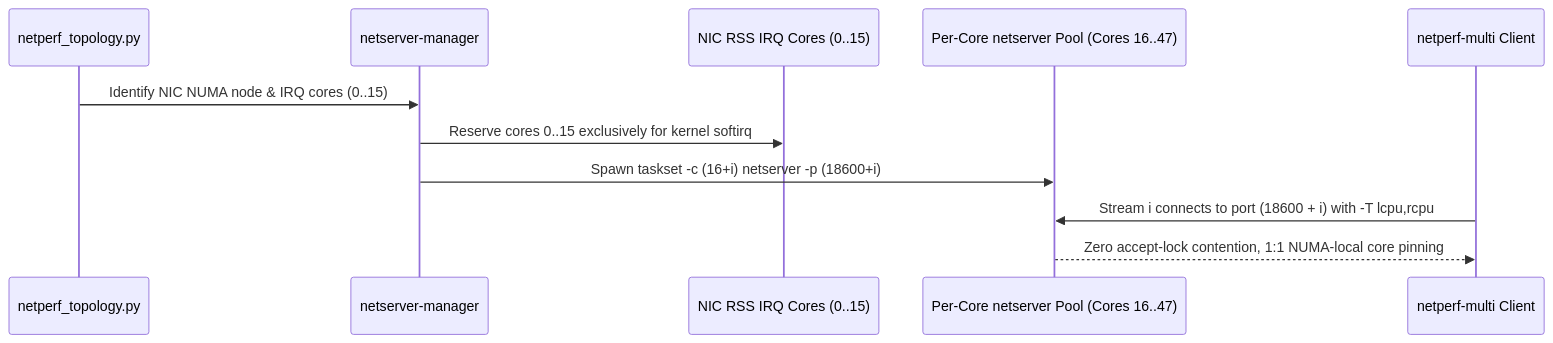
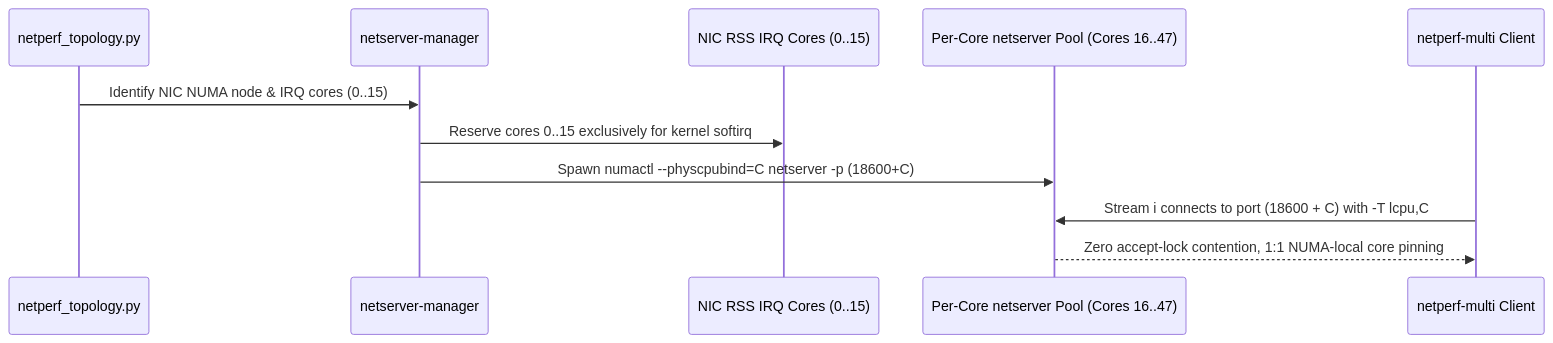
Before and after one commit to thehevy/netperf_copilot: the fourth of 5 diagrams in dev/docs/TECHNICAL_WHITE_PAPER.md, drawn with Mermaid. The commit also changed other lines of this file and 27 other files, not shown here.

````diff
--- a/dev/docs/TECHNICAL_WHITE_PAPER.md
+++ b/dev/docs/TECHNICAL_WHITE_PAPER.md
@@ -228,14 +228,14 @@
 ```mermaid
 sequenceDiagram
     participant Topo as netperf_topology.py
     participant Mgr as netserver-manager
     participant IRQ as NIC RSS IRQ Cores (0..15)
     participant Pool as Per-Core netserver Pool (Cores 16..47)
     participant Multi as netperf-multi Client
 
     Topo->>Mgr: Identify NIC NUMA node & IRQ cores (0..15)
     Mgr->>IRQ: Reserve cores 0..15 exclusively for kernel softirq
-    Mgr->>Pool: Spawn taskset -c (16+i) netserver -p (18600+i)
-    Multi->>Pool: Stream i connects to port (18600 + i) with -T lcpu,rcpu
+    Mgr->>Pool: Spawn numactl --physcpubind=C netserver -p (18600+C)
+    Multi->>Pool: Stream i connects to port (18600 + C) with -T lcpu,C
     Pool-->>Multi: Zero accept-lock contention, 1:1 NUMA-local core pinning
 ```
````
